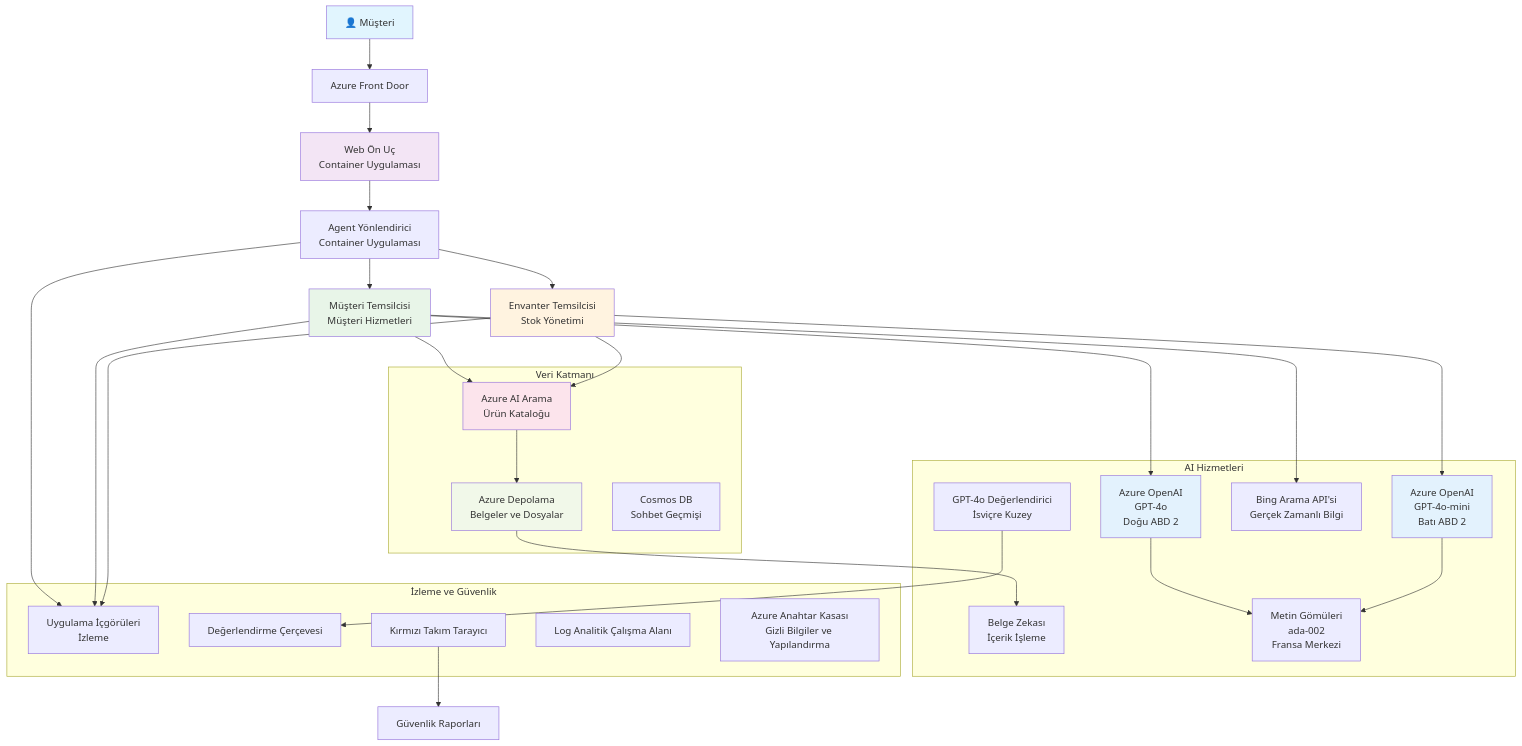
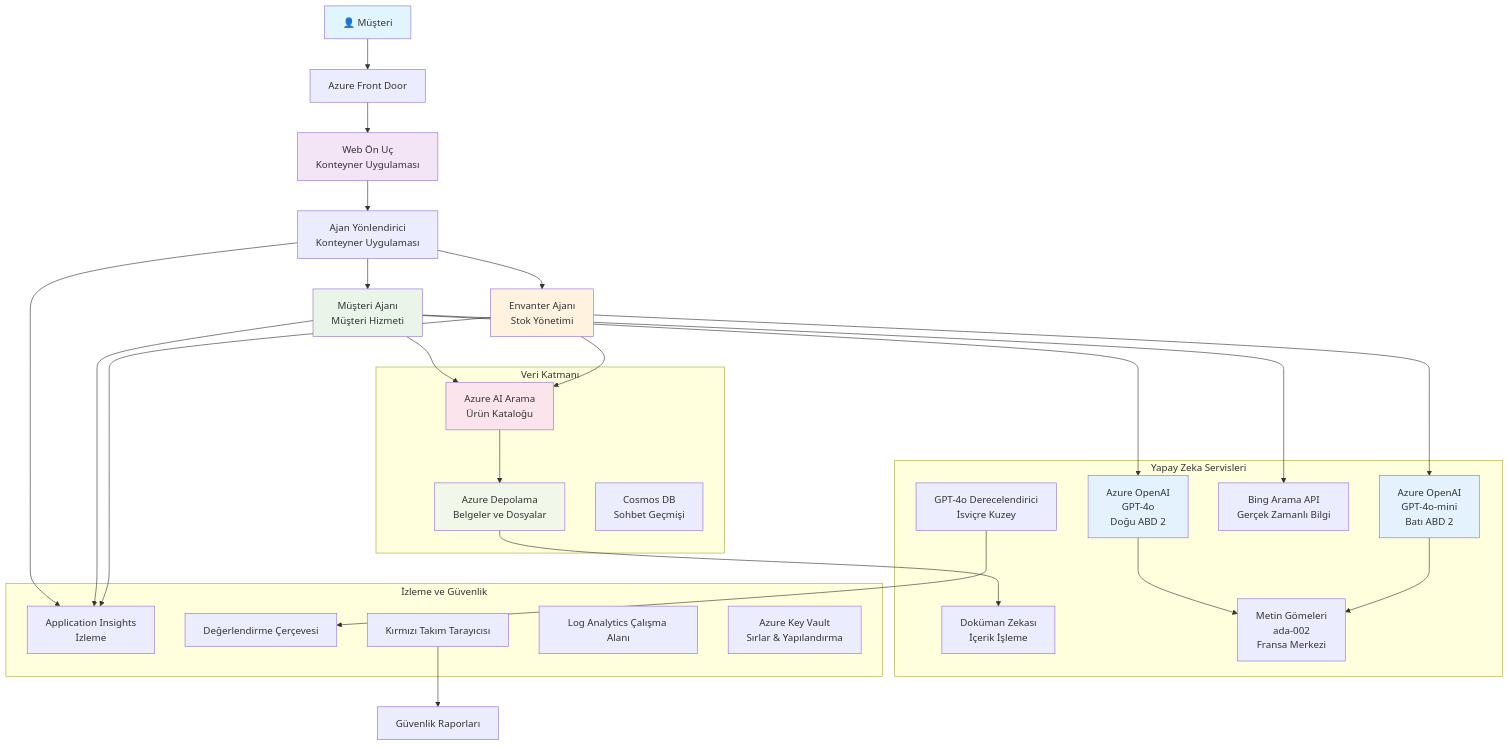
One commit to microsoft/AZD-for-beginners changed the diagram in translations/tr/examples/retail-scenario.md. Above: the diagram before and after it, drawn with Mermaid. The commit also changed other lines of this file and 242 other files, not shown here.

````diff
--- a/translations/tr/examples/retail-scenario.md
+++ b/translations/tr/examples/retail-scenario.md
@@ -148,61 +139,61 @@
 ```mermaid
 graph TB
     User[👤 Müşteri] --> LB[Azure Front Door]
-    LB --> WebApp[Web Ön Uç<br/>Container Uygulaması]
+    LB --> WebApp[Web Ön Uç<br/>Konteyner Uygulaması]
     
-    WebApp --> Router[Agent Yönlendirici<br/>Container Uygulaması]
-    Router --> CustomerAgent[Müşteri Temsilcisi<br/>Müşteri Hizmetleri]
-    Router --> InvAgent[Envanter Temsilcisi<br/>Stok Yönetimi]
+    WebApp --> Router[Ajan Yönlendirici<br/>Konteyner Uygulaması]
+    Router --> CustomerAgent[Müşteri Ajanı<br/>Müşteri Hizmeti]
+    Router --> InvAgent[Envanter Ajanı<br/>Stok Yönetimi]
     
     CustomerAgent --> OpenAI1[Azure OpenAI<br/>GPT-4o<br/>Doğu ABD 2]
     InvAgent --> OpenAI2[Azure OpenAI<br/>GPT-4o-mini<br/>Batı ABD 2]
     
     CustomerAgent --> AISearch[Azure AI Arama<br/>Ürün Kataloğu]
-    CustomerAgent --> BingSearch[Bing Arama API'si<br/>Gerçek Zamanlı Bilgi]
+    CustomerAgent --> BingSearch[Bing Arama API<br/>Gerçek Zamanlı Bilgi]
     InvAgent --> AISearch
     
     AISearch --> Storage[Azure Depolama<br/>Belgeler ve Dosyalar]
-    Storage --> DocIntel[Belge Zekası<br/>İçerik İşleme]
+    Storage --> DocIntel[Doküman Zekası<br/>İçerik İşleme]
     
-    OpenAI1 --> Embeddings[Metin Gömüleri<br/>ada-002<br/>Fransa Merkezi]
+    OpenAI1 --> Embeddings[Metin Gömeleri<br/>ada-002<br/>Fransa Merkezi]
     OpenAI2 --> Embeddings
     
-    Router --> AppInsights[Uygulama İçgörüleri<br/>İzleme]
+    Router --> AppInsights[Application Insights<br/>İzleme]
     CustomerAgent --> AppInsights
     InvAgent --> AppInsights
     
-    GraderModel[GPT-4o Değerlendirici<br/>İsviçre Kuzey] --> Evaluation[Değerlendirme Çerçevesi]
-    RedTeam[Kırmızı Takım Tarayıcı] --> SecurityReports[Güvenlik Raporları]
+    GraderModel[GPT-4o Derecelendirici<br/>İsviçre Kuzey] --> Evaluation[Değerlendirme Çerçevesi]
+    RedTeam[Kırmızı Takım Tarayıcısı] --> SecurityReports[Güvenlik Raporları]
     
     subgraph "Veri Katmanı"
         Storage
         AISearch
         CosmosDB[Cosmos DB<br/>Sohbet Geçmişi]
     end
     
-    subgraph "AI Hizmetleri"
+    subgraph "Yapay Zeka Servisleri"
         OpenAI1
         OpenAI2
         Embeddings
         GraderModel
         DocIntel
         BingSearch
     end
     
     subgraph "İzleme ve Güvenlik"
         AppInsights
-        LogAnalytics[Log Analitik Çalışma Alanı]
-        KeyVault[Azure Anahtar Kasası<br/>Gizli Bilgiler ve Yapılandırma]
+        LogAnalytics[Log Analytics Çalışma Alanı]
+        KeyVault[Azure Key Vault<br/>Sırlar & Yapılandırma]
         RedTeam
         Evaluation
     end
     
     style User fill:#e1f5fe
     style WebApp fill:#f3e5f5
     style CustomerAgent fill:#e8f5e8
     style InvAgent fill:#fff3e0
     style OpenAI1 fill:#e3f2fd
     style OpenAI2 fill:#e3f2fd
     style AISearch fill:#fce4ec
     style Storage fill:#f1f8e9
 ```
````
